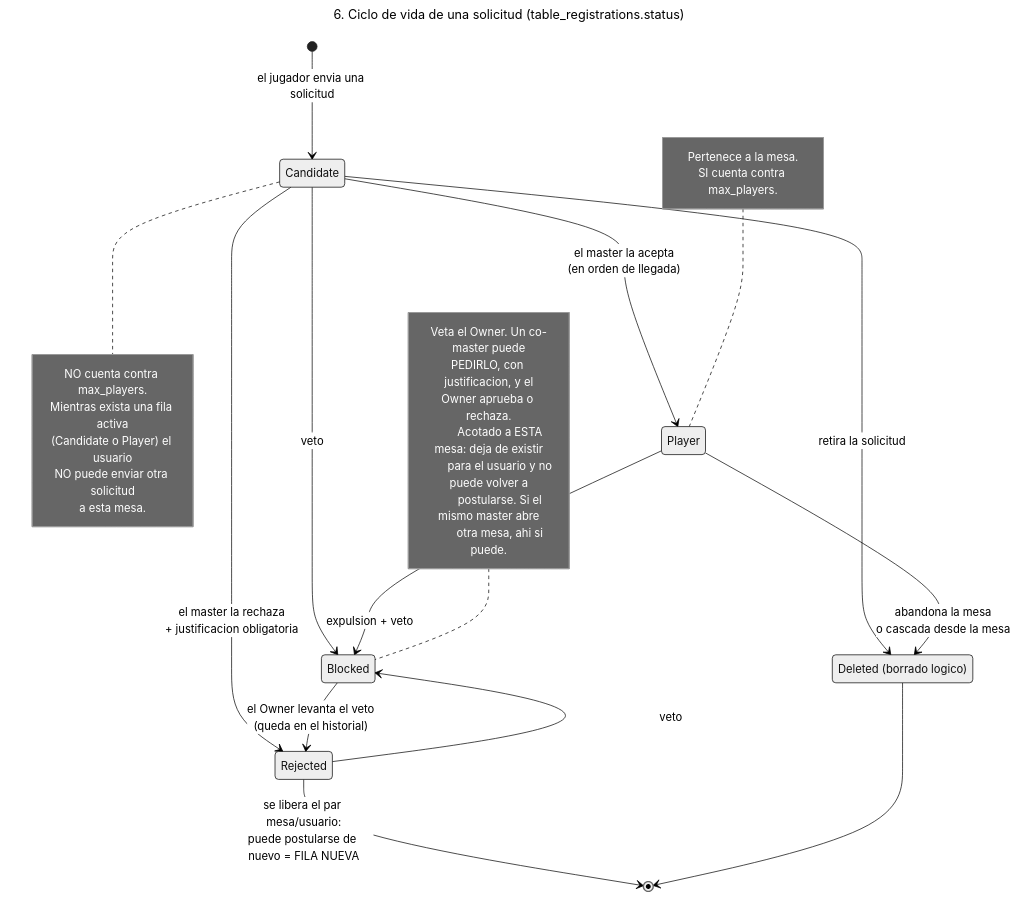
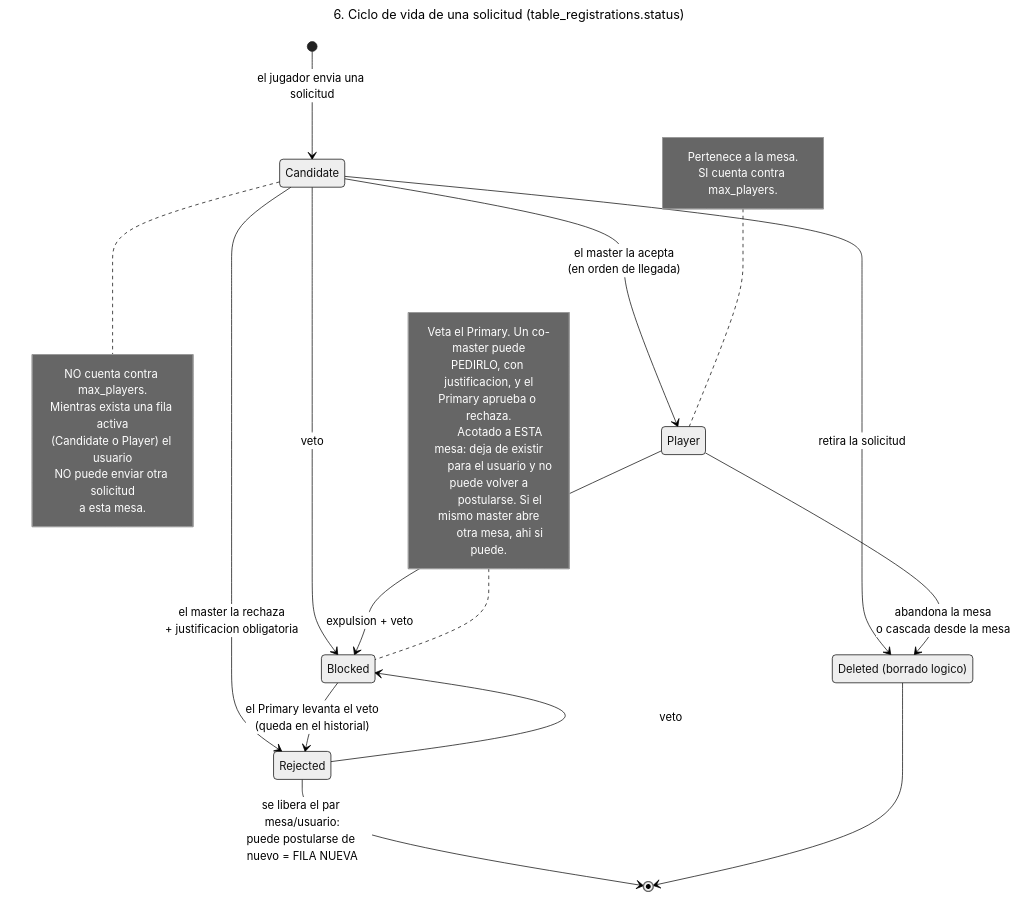
The diagram in docs/diagramas/06-ciclo-solicitud.mmd (d4m14n257/CentralDungeon), drawn with Mermaid (neutral theme) before and after one commit. The commit also changed 57 other files, not shown here.

```diff
--- a/docs/diagramas/06-ciclo-solicitud.mmd
+++ b/docs/diagramas/06-ciclo-solicitud.mmd
@@ -1,46 +1,46 @@
 ---
 title: 6. Ciclo de vida de una solicitud (table_registrations.status)
 ---
 stateDiagram-v2
     direction TB
 
     [*] --> Candidate : el jugador envia una solicitud
 
     note right of Candidate
         NO cuenta contra max_players.
         Mientras exista una fila activa
         (Candidate o Player) el usuario
         NO puede enviar otra solicitud
         a esta mesa.
     end note
 
     Candidate --> Player : el master la acepta<br/>(en orden de llegada)
     Candidate --> Rejected : el master la rechaza<br/>+ justificacion obligatoria
 
     note left of Player
         Pertenece a la mesa.
         SI cuenta contra max_players.
     end note
 
     Rejected --> [*] : se libera el par mesa/usuario:<br/>puede postularse de nuevo = FILA NUEVA
 
     Candidate --> Blocked : veto
     Player --> Blocked : expulsion + veto
     Rejected --> Blocked : veto
-    Blocked --> Rejected : el Owner levanta el veto<br/>(queda en el historial)
+    Blocked --> Rejected : el Primary levanta el veto<br/>(queda en el historial)
 
     note left of Blocked
-        Veta el Owner. Un co-master puede
+        Veta el Primary. Un co-master puede
         PEDIRLO, con justificacion, y el
-        Owner aprueba o rechaza.
+        Primary aprueba o rechaza.
 
         Acotado a ESTA mesa: deja de existir
         para el usuario y no puede volver a
         postularse. Si el mismo master abre
         otra mesa, ahi si puede.
     end note
 
     state "Deleted (borrado logico)" as Deleted
     Candidate --> Deleted : retira la solicitud
     Player --> Deleted : abandona la mesa<br/>o cascada desde la mesa
     Deleted --> [*]
```
